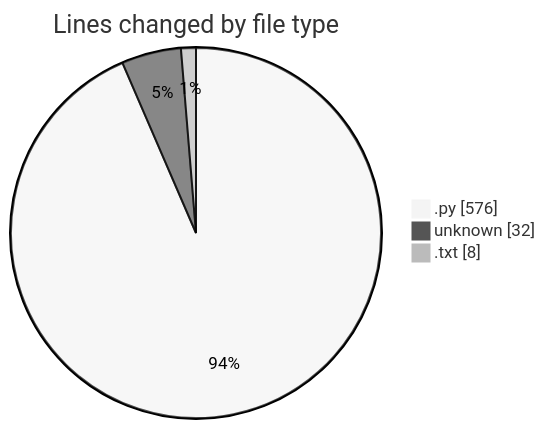
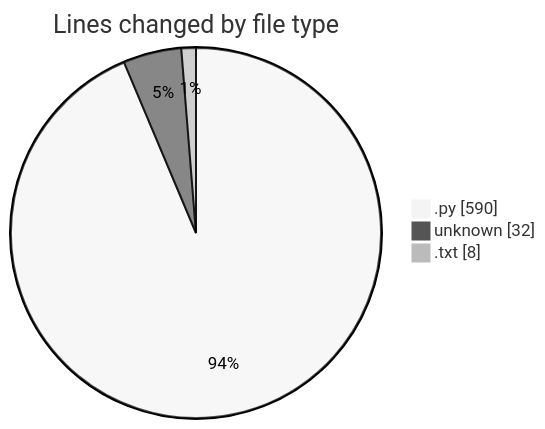
Before and after one commit to momahboobian/code-tracking: the first of 2 diagrams in 2026-09-18/video-downloader/README.md, drawn with Mermaid (neutral theme). The commit also changed other lines of this file and 1 other file, not shown here.

````diff
--- a/2026-09-18/video-downloader/README.md
+++ b/2026-09-18/video-downloader/README.md
@@ -24,7 +24,7 @@
 ```mermaid
 pie showData
 title Lines changed by file type
-".py" : 576
+".py" : 590
 "unknown" : 32
 ".txt" : 8
 ```
````
